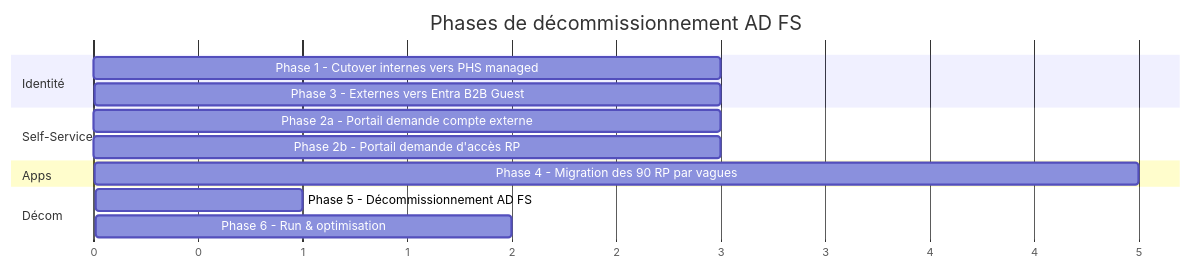
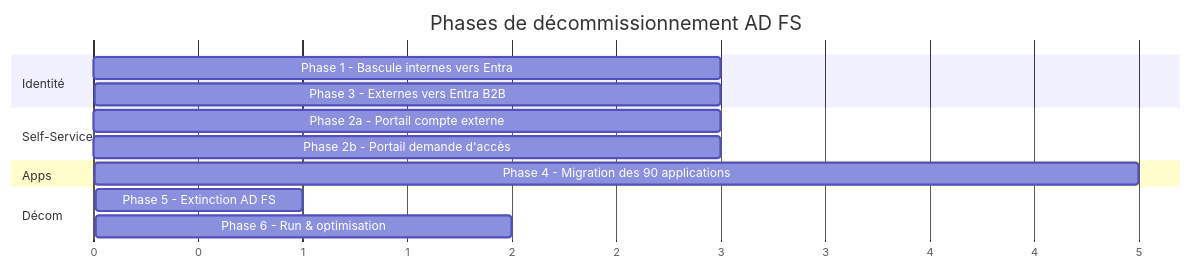
The diagram in _Work in progress/ADFS-Decommission-Roadmap.md (0xMati/Tech-Blog), drawn with Mermaid before and after one commit. The commit also changed other lines of this file, not shown here.

````diff
--- a/_Work in progress/ADFS-Decommission-Roadmap.md
+++ b/_Work in progress/ADFS-Decommission-Roadmap.md
@@ -30,17 +57,17 @@
 ```mermaid
 gantt
     title Phases de décommissionnement AD FS
     dateFormat X
     axisFormat %s
     section Identité
-    Phase 1 - Cutover internes vers PHS managed     :a1, 0, 3
-    Phase 3 - Externes vers Entra B2B Guest         :a2, 3, 3
+    Phase 1 - Bascule internes vers Entra            :a1, 0, 3
+    Phase 3 - Externes vers Entra B2B                :a2, 3, 3
     section Self-Service
-    Phase 2a - Portail demande compte externe       :b1, 0, 3
-    Phase 2b - Portail demande d'accès RP           :b2, 0, 3
+    Phase 2a - Portail compte externe                :b1, 0, 3
+    Phase 2b - Portail demande d'accès               :b2, 0, 3
     section Apps
-    Phase 4 - Migration des 90 RP par vagues        :c1, 3, 5
+    Phase 4 - Migration des 90 applications          :c1, 3, 5
     section Décom
-    Phase 5 - Décommissionnement AD FS              :d1, 8, 1
-    Phase 6 - Run & optimisation                    :d2, 9, 2
+    Phase 5 - Extinction AD FS                       :d1, 8, 1
+    Phase 6 - Run & optimisation                     :d2, 9, 2
 ```
````
